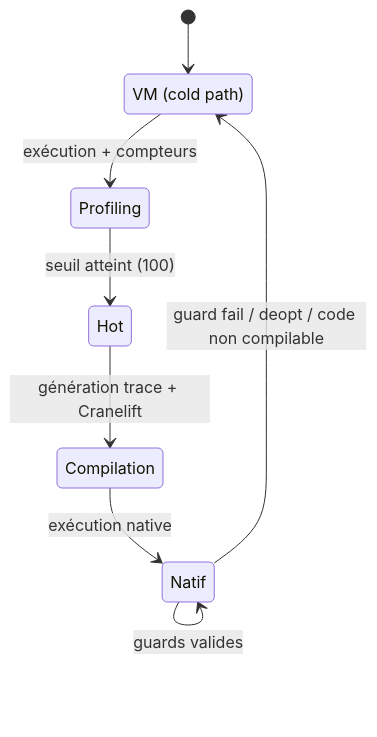
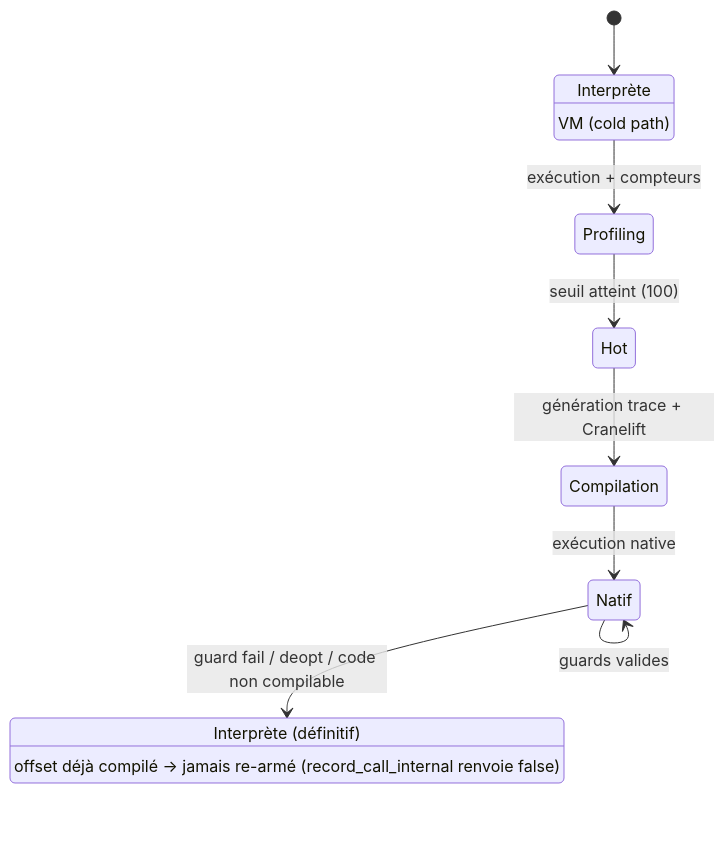
Before and after one commit to aristofor/catnip: the first of 2 diagrams in docs/dev/JIT.md, drawn with Mermaid. The commit also changed other lines of this file and 406 other files, not shown here.

````diff
--- a/docs/dev/JIT.md
+++ b/docs/dev/JIT.md
@@ -60,11 +60,14 @@
 ```mermaid
 stateDiagram-v2
     [*] --> Interprete
+    state "Interprète" as Interprete
     Interprete: VM (cold path)
     Interprete --> Profiling: exécution + compteurs
     Profiling --> Hot: seuil atteint (100)
     Hot --> Compilation: génération trace + Cranelift
     Compilation --> Natif: exécution native
     Natif --> Natif: guards valides
-    Natif --> Interprete: guard fail / deopt / code non compilable
+    Natif --> InterpreteDefinitif: guard fail / deopt / code non compilable
+    state "Interprète (définitif)" as InterpreteDefinitif
+    InterpreteDefinitif: offset déjà compilé → jamais re-armé (record_call_internal renvoie false)
 ```
````
